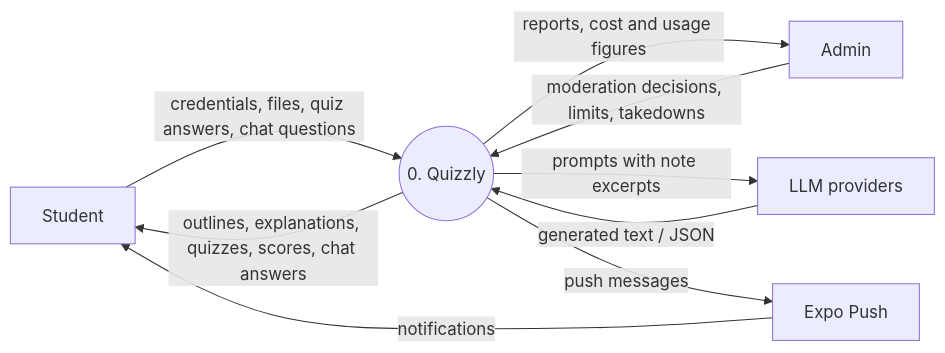
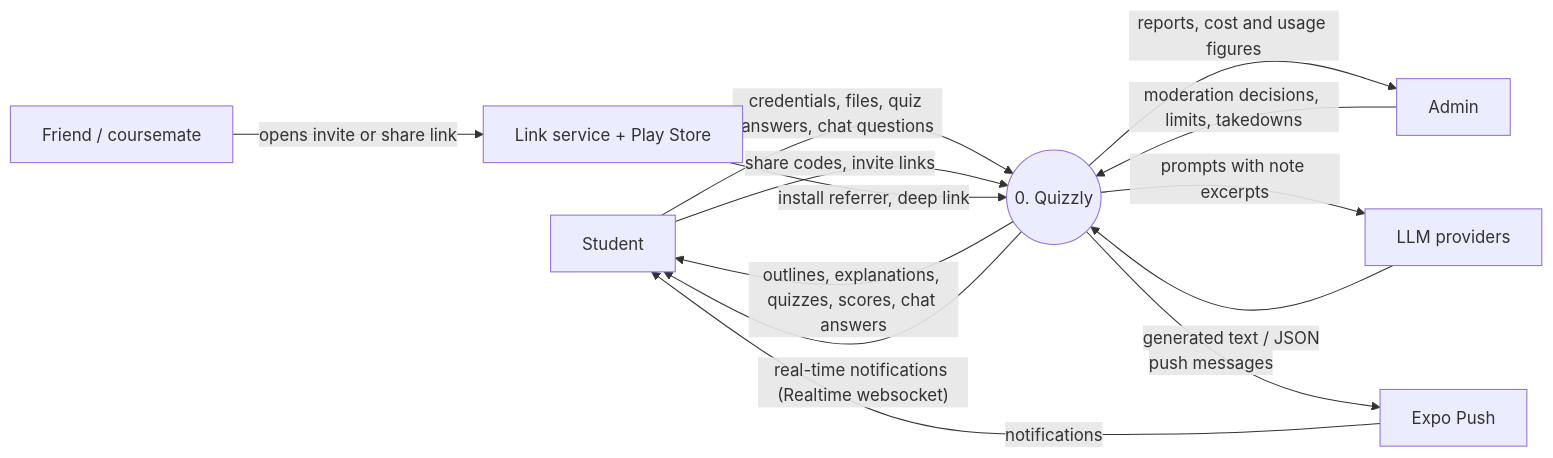
One commit to dunascode-prog/quizzly changed the first of 37 diagrams in docs/DATA_FLOWS.md. Above: the diagram before and after it, drawn with Mermaid. The commit also changed other lines of this file and 37 other files, not shown here.

````diff
--- a/docs/DATA_FLOWS.md
+++ b/docs/DATA_FLOWS.md
@@ -22,11 +22,15 @@
 ```mermaid
 flowchart LR
     S[Student] -- "credentials, files, quiz answers, chat questions" --> P0((0. Quizzly))
     P0 -- "outlines, explanations, quizzes, scores, chat answers" --> S
     A[Admin] -- "moderation decisions, limits, takedowns" --> P0
     P0 -- "reports, cost and usage figures" --> A
     P0 -- "prompts with note excerpts" --> L[LLM providers]
     L -- "generated text / JSON" --> P0
     P0 -- "push messages" --> E[Expo Push]
     E -- "notifications" --> S
+    S -- "share codes, invite links" --> P0
+    P0 -- "real-time notifications (Realtime websocket)" --> S
+    F[Friend / coursemate] -- "opens invite or share link" --> LS[Link service + Play Store]
+    LS -- "install referrer, deep link" --> P0
 ```
````
